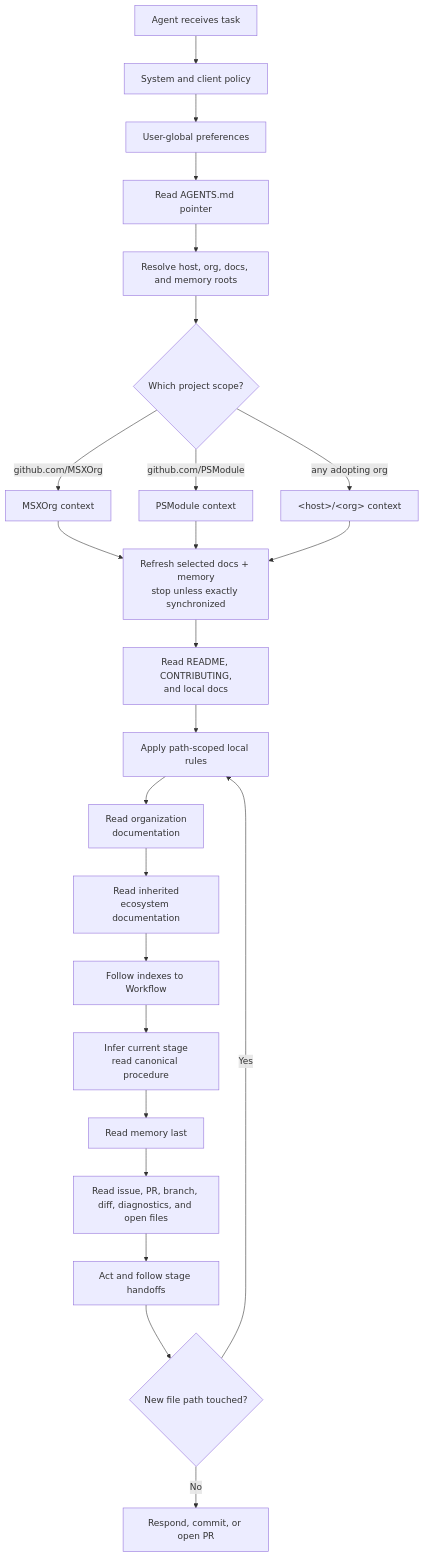
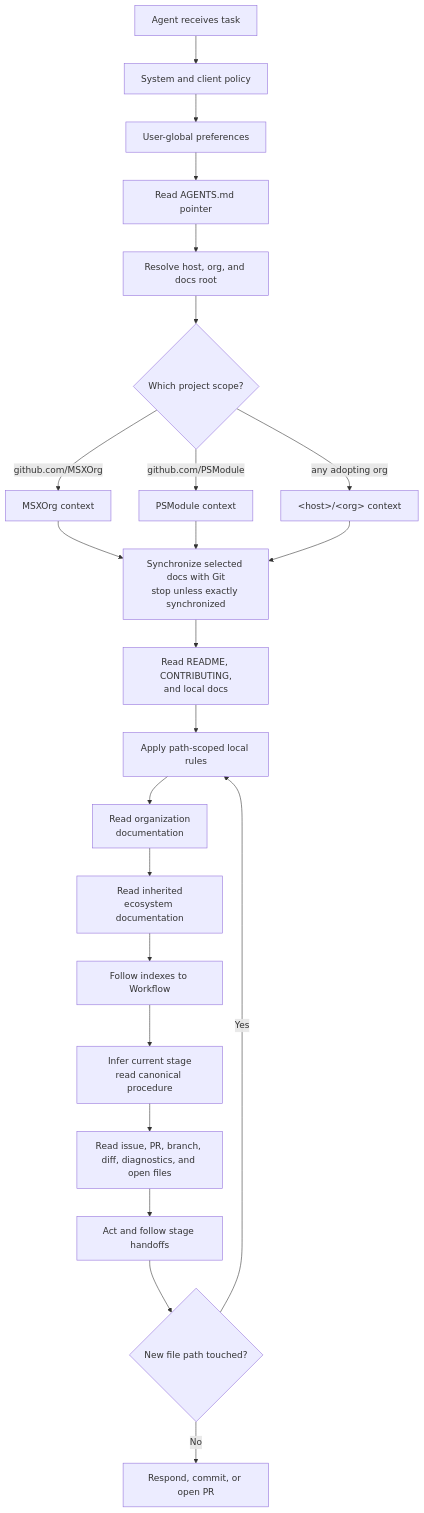
Before and after one commit to MSXOrg/docs: the diagram in src/docs/Capabilities/agentic-development/design.md, drawn with Mermaid. The commit also changed other lines of this file and 27 other files, not shown here.

````diff
--- a/src/docs/Capabilities/agentic-development/design.md
+++ b/src/docs/Capabilities/agentic-development/design.md
@@ -132,30 +100,29 @@
 ```mermaid
 flowchart TD
   start["Agent receives task"] --> policy["System and client policy"]
   policy --> user["User-global preferences"]
   user --> pointer["Read AGENTS.md pointer"]
-  pointer --> locate["Resolve host, org, docs, and memory roots"]
+  pointer --> locate["Resolve host, org, and docs root"]
 
   locate --> host{"Which project scope?"}
   host -->|"github.com/MSXOrg"| msx["MSXOrg context"]
   host -->|"github.com/PSModule"| psmodule["PSModule context"]
   host -->|"any adopting org"| other["&lt;host&gt;/&lt;org&gt; context"]
 
-  msx --> refresh["Refresh selected docs + memory<br/>stop unless exactly synchronized"]
+  msx --> refresh["Synchronize selected docs with Git<br/>stop unless exactly synchronized"]
   psmodule --> refresh
   other --> refresh
   refresh --> repo["Read README, CONTRIBUTING,<br/>and local docs"]
   repo --> path["Apply path-scoped local rules"]
   path --> orgdocs["Read organization<br/>documentation"]
   orgdocs --> docs["Read inherited<br/>ecosystem documentation"]
   docs --> workflow["Follow indexes to Workflow"]
 
   workflow --> stage["Infer current stage<br/>read canonical procedure"]
-  stage --> memory["Read memory last"]
-  memory --> task["Read issue, PR, branch, diff, diagnostics, and open files"]
+  stage --> task["Read issue, PR, branch, diff, diagnostics, and open files"]
   task --> act["Act and follow stage handoffs"]
 
   act --> newpath{"New file path touched?"}
   newpath -->|"Yes"| path
   newpath -->|"No"| done["Respond, commit, or open PR"]
 ```
````
